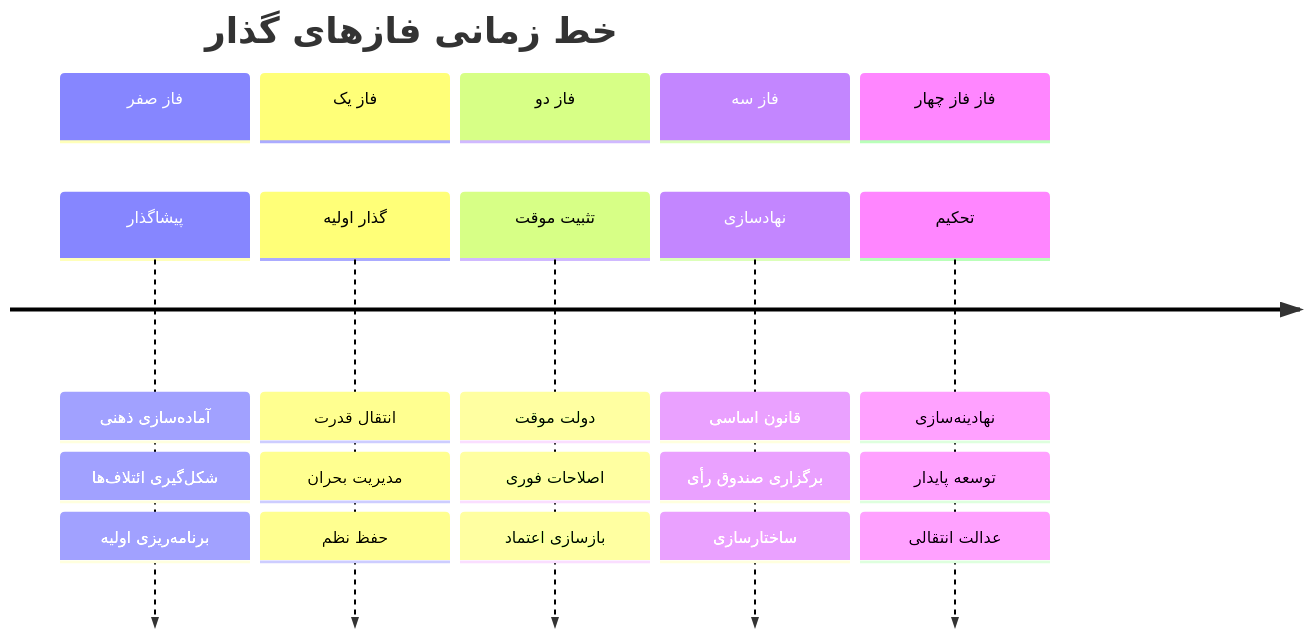
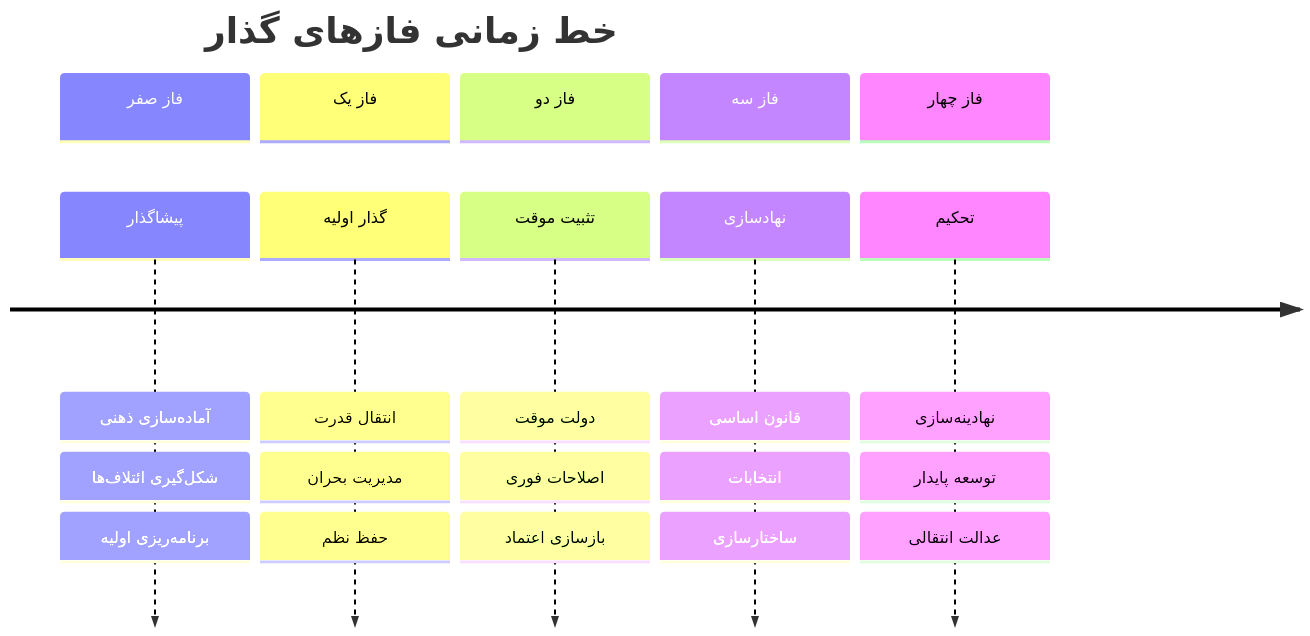
The fifth of 43 diagrams in src/content/articles/fa/آشنایی-با-دوران-گذار-انقلابی.mdx (mahhdy/MahdiSalem.com), drawn with Mermaid before and after one commit. The commit also changed other lines of this file and 4 other files, not shown here.

````diff
--- a/src/content/articles/fa/آشنایی-با-دوران-گذار-انقلابی.mdx
+++ b/src/content/articles/fa/آشنایی-با-دوران-گذار-انقلابی.mdx
@@ -145,14 +215,24 @@
 ```mermaid
 timeline
     title خط زمانی فازهای گذار
     section فاز صفر
-        پیشاگذار : آماده‌سازی ذهنی : شکل‌گیری ائتلاف‌ها : برنامه‌ریزی اولیه
+        پیشاگذار : آماده‌سازی ذهنی
+                 : شکل‌گیری ائتلاف‌ها
+                 : برنامه‌ریزی اولیه
     section فاز یک
-        گذار اولیه : انتقال قدرت : مدیریت بحران : حفظ نظم
+        گذار اولیه : انتقال قدرت
+                   : مدیریت بحران
+                   : حفظ نظم
     section فاز دو
-        تثبیت موقت : دولت موقت : اصلاحات فوری : بازسازی اعتماد
+        تثبیت موقت : دولت موقت
+                   : اصلاحات فوری
+                   : بازسازی اعتماد
     section فاز سه
-        نهادسازی : قانون اساسی : برگزاری صندوق رأی : ساختارسازی
-    section فاز فاز چهار
-        تحکیم : نهادینه‌سازی : توسعه پایدار : عدالت انتقالی
+        نهادسازی : قانون اساسی
+                 : انتخابات
+                 : ساختارسازی
+    section فاز چهار
+        تحکیم : نهادینه‌سازی
+              : توسعه پایدار
+              : عدالت انتقالی
 ```
````
